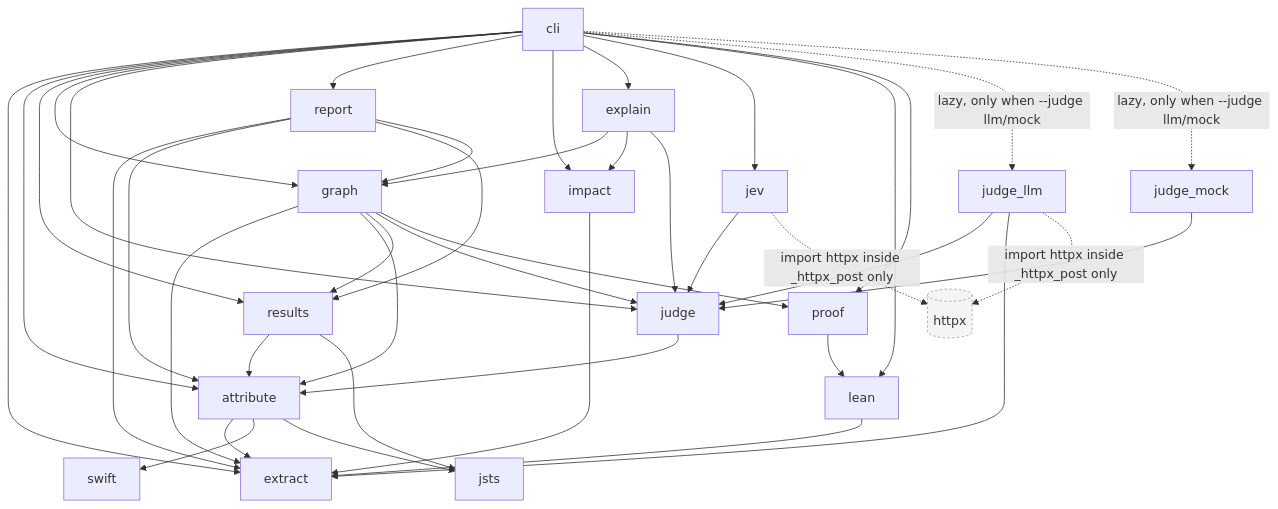
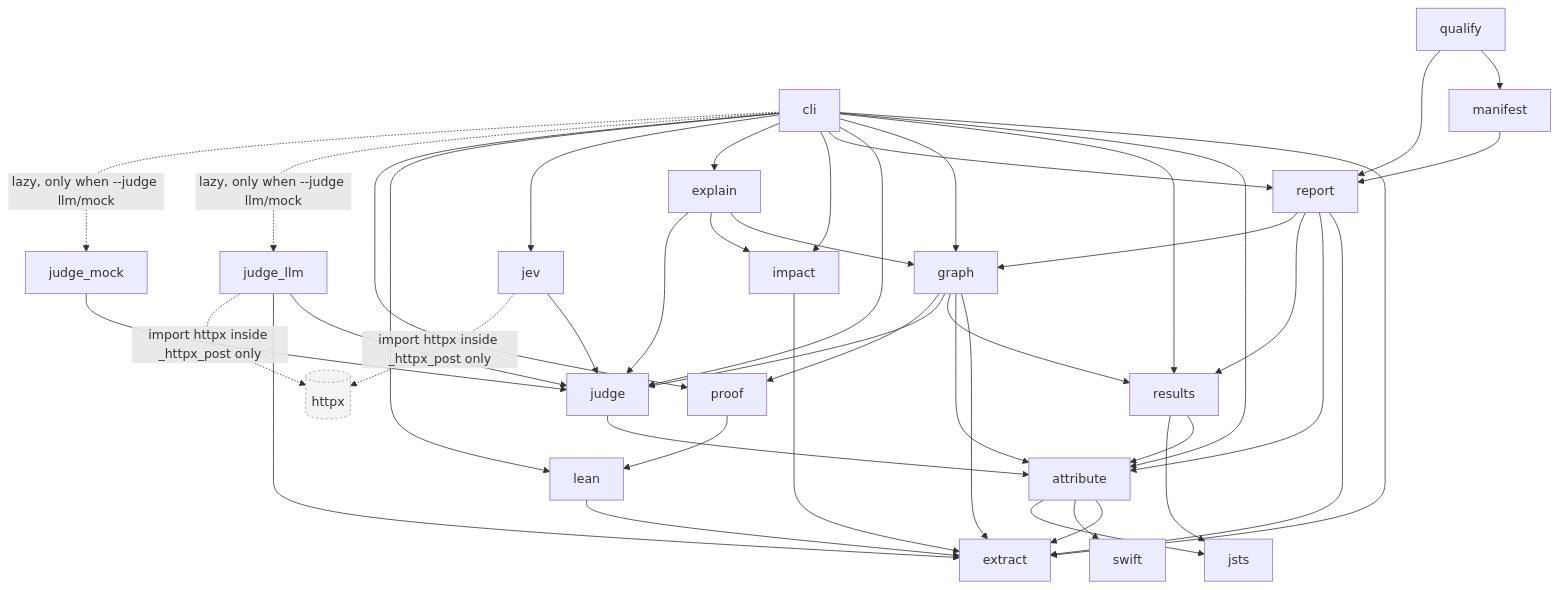
Before and after one commit to rioffe/speccheck: the second of 12 diagrams in ARCHITECTURE.md, drawn with Mermaid. The commit also changed other lines of this file and 16 other files, not shown here.

````diff
--- a/ARCHITECTURE.md
+++ b/ARCHITECTURE.md
@@ -106,21 +115,23 @@
 ```mermaid
 flowchart TD
     cli --> extract & attribute & results & graphm & judge & report & impact & explain & jev & lean & proof
     cli -. "lazy, only when --judge llm/mock" .-> judge_llm & judge_mock
     attribute --> extract & swift & jsts
     results --> attribute & jsts
     judge --> attribute
     lean --> extract
     proof --> lean
     graphm[graph] --> extract & attribute & results & judge & proof
     impact --> extract
     explain --> graphm & impact & judge
+    qualify --> manifest & report
+    manifest --> report
     jev --> judge
     report --> extract & attribute & results & graphm
     judge_mock --> judge
     judge_llm --> judge & extract
     judge_llm -. "import httpx inside _httpx_post only" .-> httpx[(httpx)]
     jev -. "import httpx inside _httpx_post only" .-> httpx
     classDef ext fill:#f4f4f4,stroke:#999,stroke-dasharray: 3 3
     class httpx ext
 ```
````
